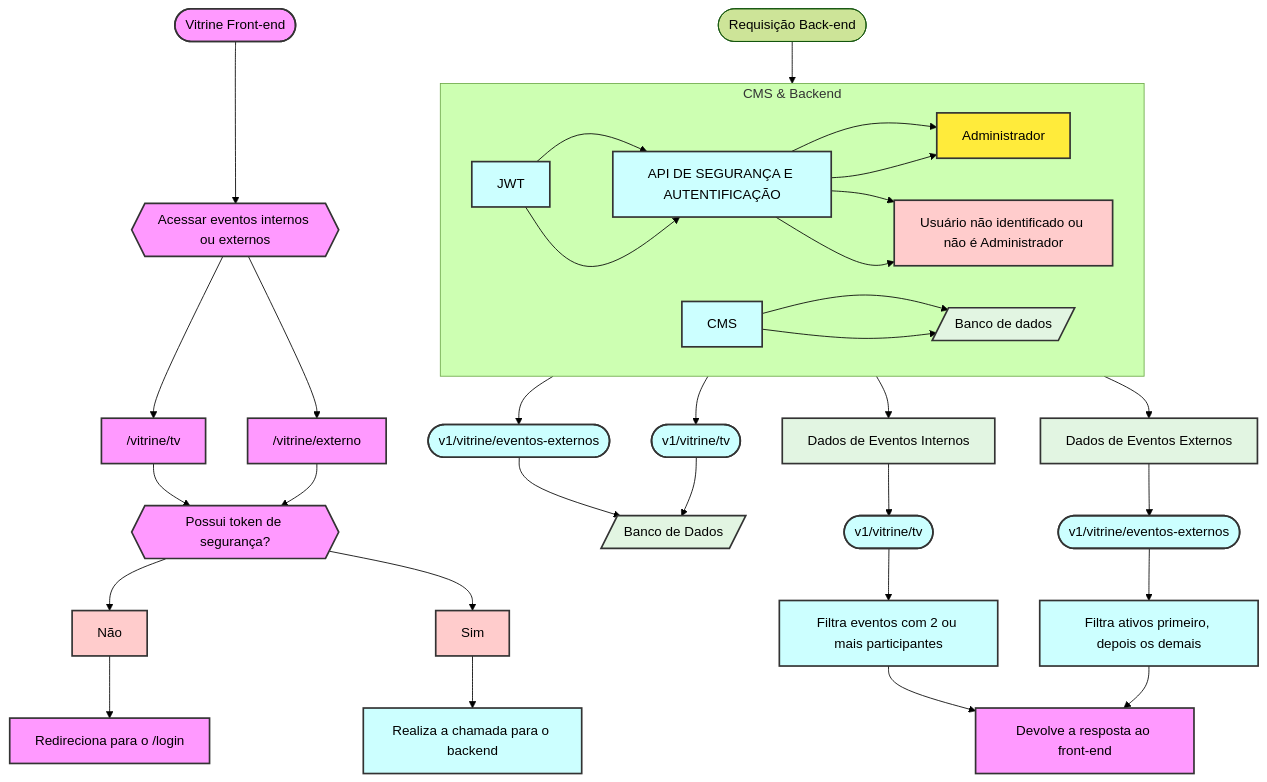
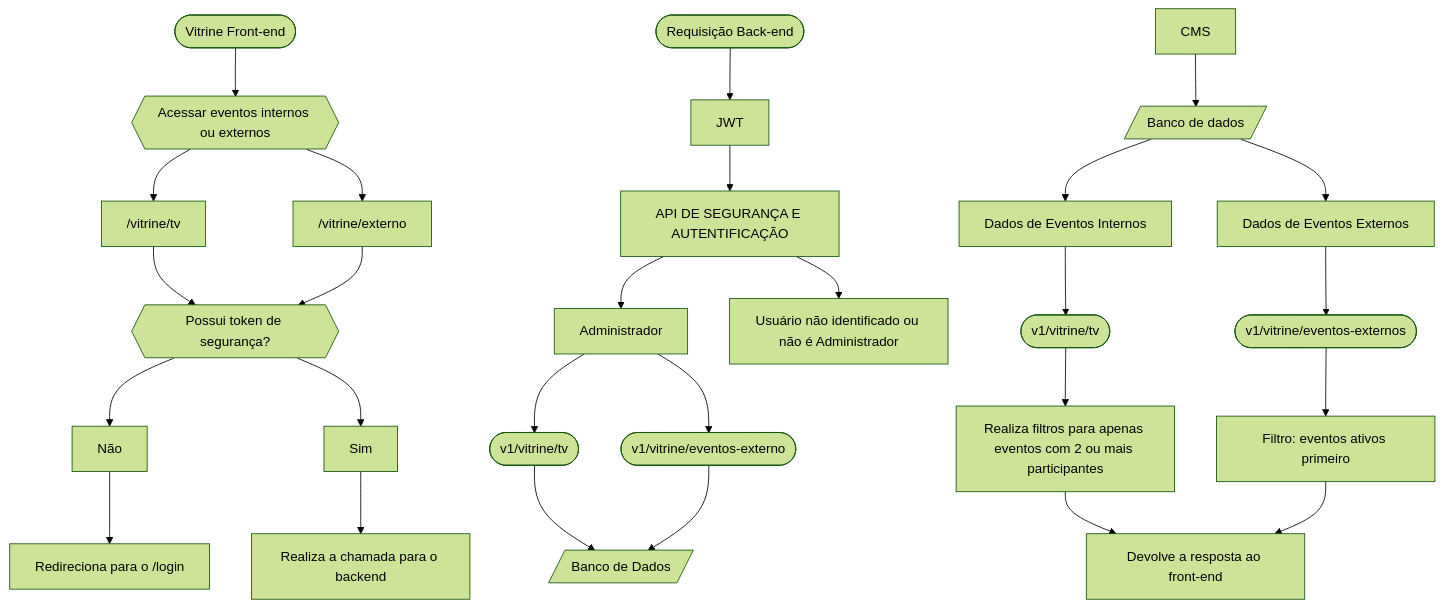
The diagram in README.md (laboratorio-de-praticas/vitrine-be), drawn with Mermaid (forest theme) before and after one commit. The commit also changed other lines of this file, not shown here.

````diff
--- a/README.md
+++ b/README.md
@@ -265,47 +135,29 @@
 ```mermaid
 flowchart TD
-    %% Defining some styles for nodes
-    classDef frontend fill:#f9f,stroke:#333,stroke-width:2px;
-    classDef backend fill:#cff,stroke:#333,stroke-width:2px;
-    classDef cms fill:#cff,stroke:#333,stroke-width:2px;
-    classDef db fill:#e2f5e2,stroke:#333,stroke-width:2px;
-    classDef admin fill:#ffeb3b,stroke:#333,stroke-width:2px;
-    classDef user fill:#ffcccc,stroke:#333,stroke-width:2px;
-
-    %% Nodes with new styles
-    A(["Vitrine Front-end"]):::frontend --> B{{Acessar eventos internos ou externos}}:::frontend
-    B --> C["/vitrine/tv"]:::frontend
-    B --> D["/vitrine/externo"]:::frontend
-    C --> N1{{Possui token de segurança?}}:::frontend
+    A(["Vitrine Front-end"]) --> B{{Acessar eventos internos ou externos}}
+    B --> C["/vitrine/tv"]
+    B --> D["/vitrine/externo"]
+    C --> N1{{Possui token de segurança?}}
     D --> N1
-    N1 --> N2["Não"]:::user
-    N1 --> N3["Sim"]:::user
-    N2 --> N4["Redireciona para o /login"]:::frontend
-    N3 --> N5["Realiza a chamada para o backend"]:::backend
-    N6(["Requisição Back-end"]) --> N9["JWT"]:::backend
-    N9 --> N10["API DE SEGURANÇA E AUTENTIFICAÇÃO"]:::backend
-    N10 --> N11["Administrador"]:::admin
-    N10 --> N12["Usuário não identificado ou não é Administrador"]:::user
-    N11 --> N7(["v1/vitrine/tv"]):::backend
-    N11 --> N8(["v1/vitrine/eventos-externos"]):::backend
-    N8 --> N13[/"Banco de Dados"/]:::db
-    N7 --> N13
-    N15["CMS"]:::cms --> N14[/"Banco de dados"/]:::db
-    N14 --> N16["Dados de Eventos Internos"]:::db
-    N14 --> N18["Dados de Eventos Externos"]:::db
-    N16 --> N17(["v1/vitrine/tv"]):::backend
-    N18 --> N19(["v1/vitrine/eventos-externos"]):::backend
-    N17 --> N20["Filtra eventos com 2 ou mais participantes"]:::backend
-    N19 --> N21["Filtra ativos primeiro, depois os demais"]:::backend
-    N20 --> N22["Devolve a resposta ao front-end"]:::frontend
+    N1 --> N2["Não"]
+    N1 --> N3["Sim"]
+    N2 --> N4["Redireciona para o /login"]
+    N3 --> N5["Realiza a chamada para o backend"]
+    N6(["Requisição Back-end"]) --> N9["JWT"]
+    N9 --> N10["API DE SEGURANÇA E AUTENTIFICAÇÃO"]
+    N10 --> N11["Administrador"]
+    N10 --> N12["Usuário não identificado ou não é Administrador"]
+    N11 --> N7(["v1/vitrine/tv"])
+    N11 --> N8(["v1/vitrine/eventos-externo"])
+    N7 --> N13[/"Banco de Dados"/]
+    N8 --> N13
+    N15["CMS"] --> N14[/"Banco de dados"/]
+    N14 --> N16["Dados de Eventos Internos"]
+    N14 --> N18["Dados de Eventos Externos"]
+    N16 --> N17(["v1/vitrine/tv"])
+    N18 --> N19(["v1/vitrine/eventos-externos"])
+    N17 --> N20["Realiza filtros para apenas eventos com 2 ou mais participantes"]
+    N19 --> N21["Filtro: eventos ativos primeiro"]
+    N20 --> N22["Devolve a resposta ao front-end"]
     N21 --> N22
-
-    %% Optional Subgraph for CMS and Backend to group them
-    subgraph CMS & Backend
-        direction LR
-        N15 --> N14
-        N9 --> N10
-        N10 --> N11
-        N10 --> N12
-    end
 ```
````
